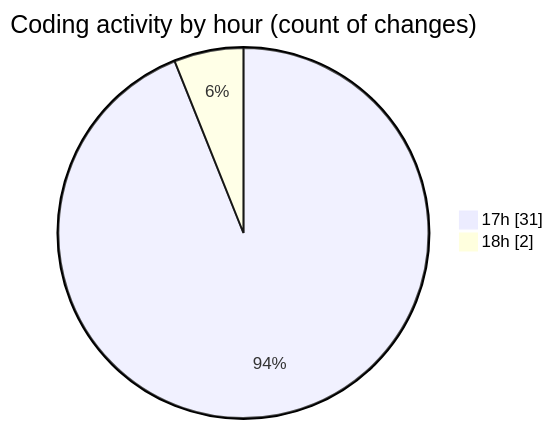
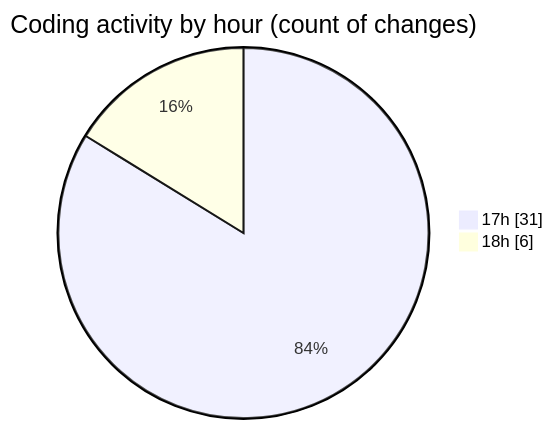
Before and after one commit to nxtqubesakshisongat/code-tracking: the second of 2 diagrams in 2025-07-19/nxtqube_webapp/README.md, drawn with Mermaid. The commit also changed other lines of this file and 1 other file, not shown here.

````diff
--- a/2025-07-19/nxtqube_webapp/README.md
+++ b/2025-07-19/nxtqube_webapp/README.md
@@ -39,6 +39,6 @@
 ```mermaid
 pie showData
 title Coding activity by hour (count of changes)
 "17h" : 31
-"18h" : 2
+"18h" : 6
 ```
````
